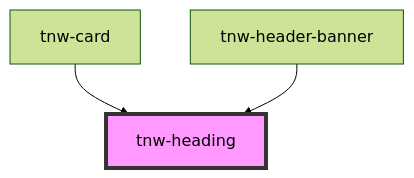
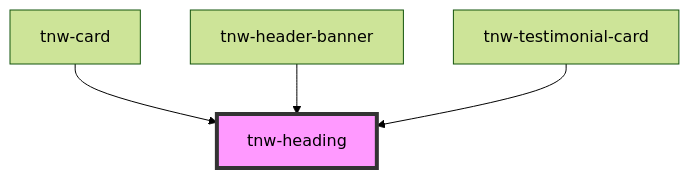
One commit to technway/technway-component-library changed the diagram in packages/stencil-library/src/components/tnw-heading/readme.md. Above: the diagram before and after it, drawn with Mermaid (forest theme). The commit also changed other lines of this file and 26 other files, not shown here.

Commit message:
feat(components): create new 'tnw-testimonial-card' and 'tnw-multi-row-carousel' components

````diff
--- a/packages/stencil-library/src/components/tnw-heading/readme.md
+++ b/packages/stencil-library/src/components/tnw-heading/readme.md
@@ -98,6 +99,7 @@
 ```mermaid
 graph TD;
   tnw-card --> tnw-heading
   tnw-header-banner --> tnw-heading
+  tnw-testimonial-card --> tnw-heading
   style tnw-heading fill:#f9f,stroke:#333,stroke-width:4px
 ```
````
